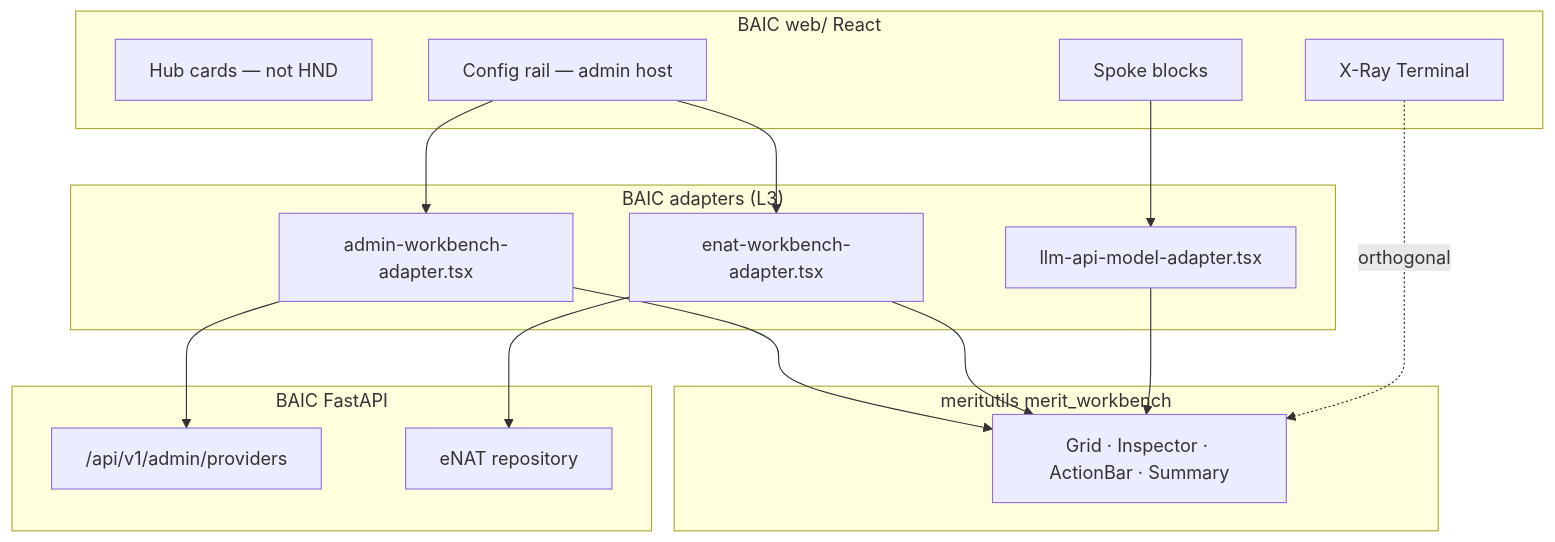
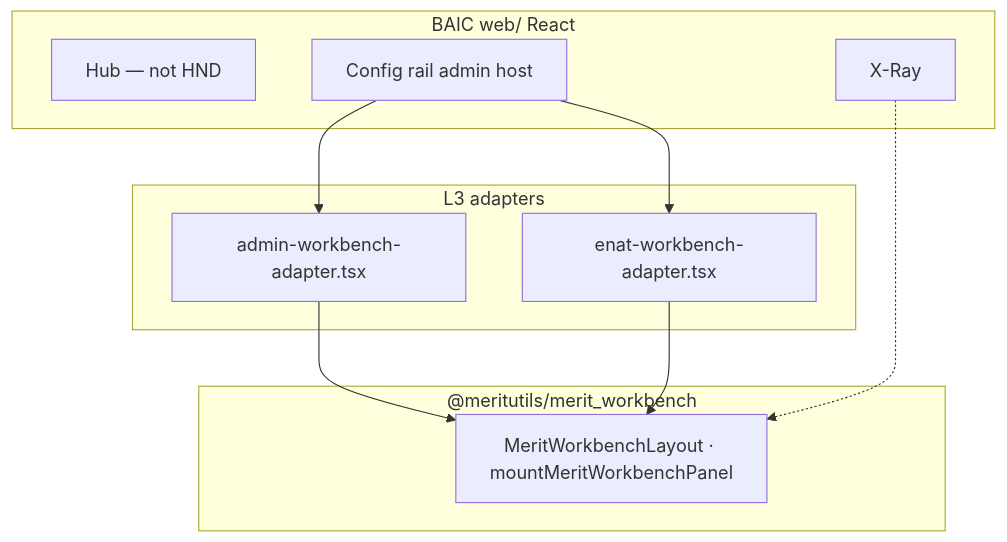
The diagram in BAIC docs/IAR/MERITUTILS_WORKBENCH.md (AgentDraven/BAIC), drawn with Mermaid before and after one commit. The commit also changed other lines of this file and 3 other files, not shown here.

Commit message:
docs: merit_workbench Phase 0 ACK with feedback in consumer IAR (v0.8.18)

````diff
--- a/BAIC docs/IAR/MERITUTILS_WORKBENCH.md
+++ b/BAIC docs/IAR/MERITUTILS_WORKBENCH.md
@@ -73,34 +64,18 @@
 ```mermaid
 flowchart TB
   subgraph baic_ui ["BAIC web/ React"]
-    HUB[Hub cards — not HND]
-    SPOKE[Spoke blocks]
-    CFG[Config rail — admin host]
-    XR[X-Ray Terminal]
+    HUB[Hub — not HND]
+    CFG[Config rail admin host]
+    XR[X-Ray]
   end
-
-  subgraph adapters ["BAIC adapters (L3)"]
+  subgraph adapters ["L3 adapters"]
     PA[admin-workbench-adapter.tsx]
     EA[enat-workbench-adapter.tsx]
-    LA[llm-api-model-adapter.tsx]
   end
-
-  subgraph mtu ["meritutils merit_workbench"]
-    WK[Grid · Inspector · ActionBar · Summary]
+  subgraph pkg ["@meritutils/merit_workbench"]
+    WK[MeritWorkbenchLayout · mountMeritWorkbenchPanel]
   end
-
-  subgraph api ["BAIC FastAPI"]
-    ADM["/api/v1/admin/providers"]
-    ENAT[eNAT repository]
-  end
-
-  CFG --> PA
-  CFG --> EA
-  SPOKE --> LA
-  PA --> WK
-  EA --> WK
-  LA --> WK
-  PA --> ADM
-  EA --> ENAT
-  XR -.->|orthogonal| WK
+  CFG --> PA --> WK
+  CFG --> EA --> WK
+  XR -.-> WK
 ```
````
